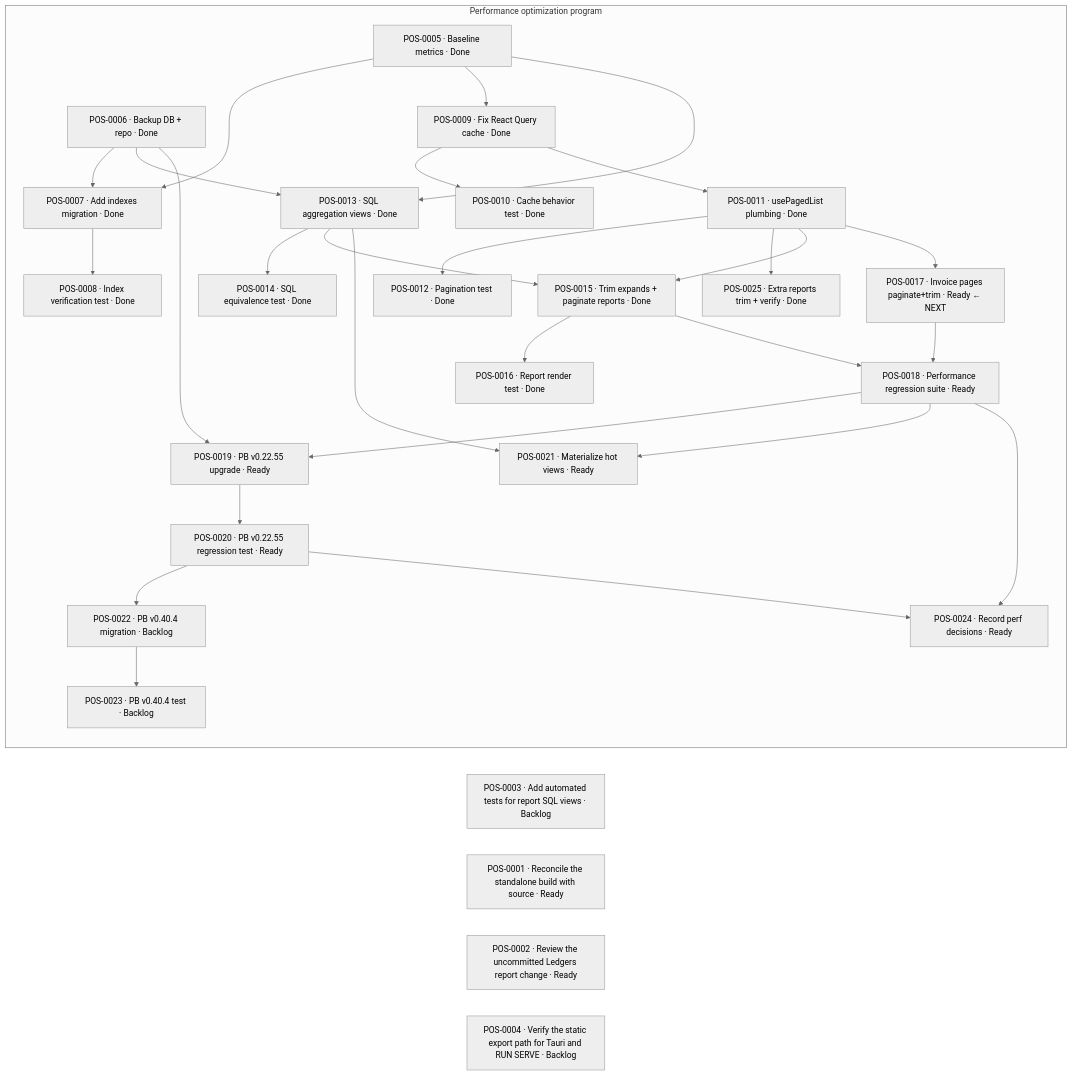
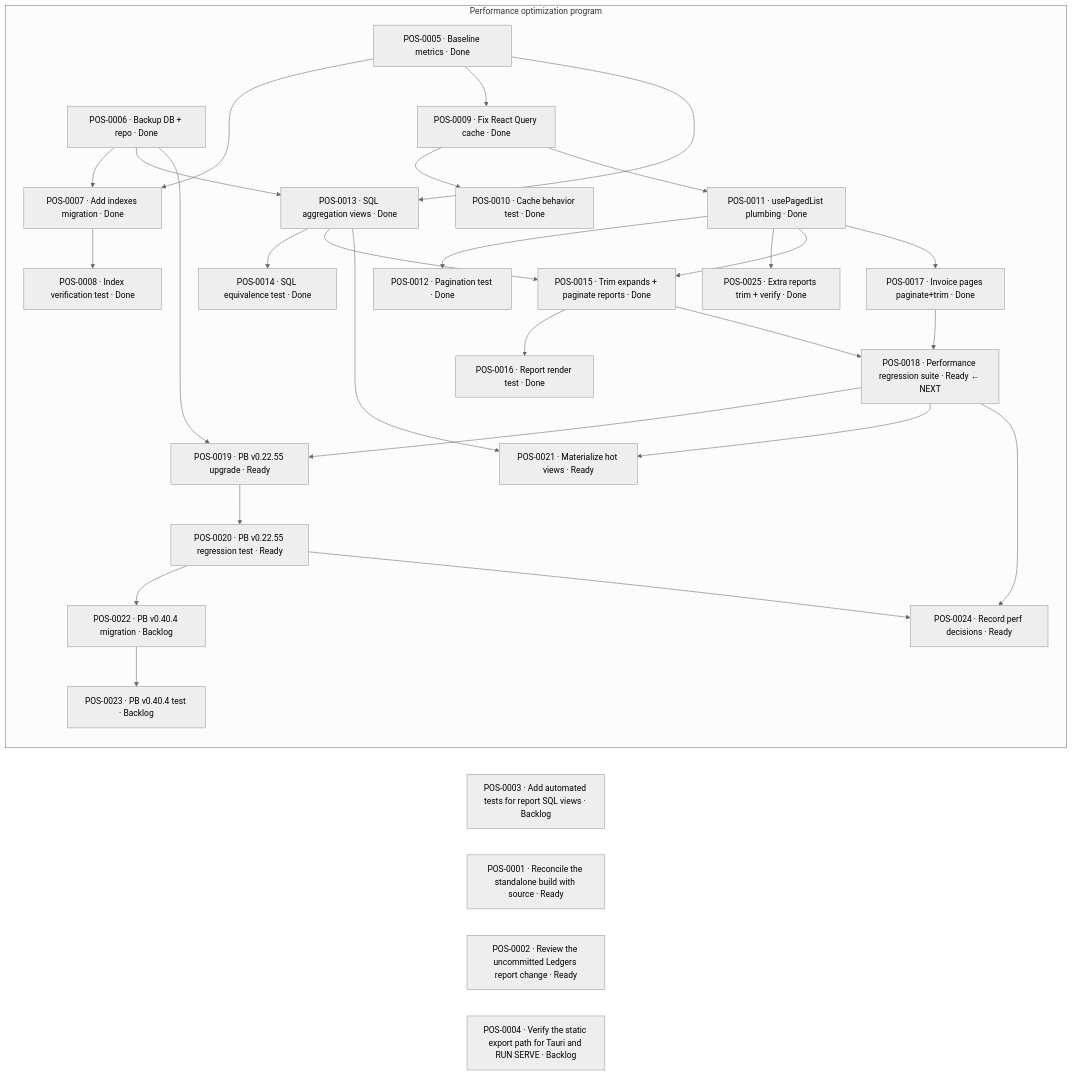
Before and after one commit to abdulhakam/aa_point_of_sale: the second of 2 diagrams in vault/projects/aa-point-of-sale.md, drawn with Mermaid (neutral theme). The commit also changed other lines of this file and 8 other files, not shown here.

First line of the commit message:
POS-0017: invoice entry pages no longer fetch the whole invoice_view

````diff
--- a/vault/projects/aa-point-of-sale.md
+++ b/vault/projects/aa-point-of-sale.md
@@ -123,58 +123,58 @@
 ```mermaid
 flowchart LR
   T1["POS-0003 · Add automated tests for report SQL views · Backlog"]
   T2["POS-0001 · Reconcile the standalone build with source · Ready"]
   T3["POS-0002 · Review the uncommitted Ledgers report change · Ready"]
   T4["POS-0004 · Verify the static export path for Tauri and RUN SERVE · Backlog"]
 
   subgraph PERF["Performance optimization program"]
     P5["POS-0005 · Baseline metrics · Done"]
     P6["POS-0006 · Backup DB + repo · Done"]
     P7["POS-0007 · Add indexes migration · Done"]
     P8["POS-0008 · Index verification test · Done"]
     P9["POS-0009 · Fix React Query cache · Done"]
     P10["POS-0010 · Cache behavior test · Done"]
     P11["POS-0011 · usePagedList plumbing · Done"]
     P12["POS-0012 · Pagination test · Done"]
     P13["POS-0013 · SQL aggregation views · Done"]
     P14["POS-0014 · SQL equivalence test · Done"]
     P15["POS-0015 · Trim expands + paginate reports · Done"]
     P16["POS-0016 · Report render test · Done"]
-    P17["POS-0017 · Invoice pages paginate+trim · Ready ← NEXT"]
-    P18["POS-0018 · Performance regression suite · Ready"]
+    P17["POS-0017 · Invoice pages paginate+trim · Done"]
+    P18["POS-0018 · Performance regression suite · Ready ← NEXT"]
     P19["POS-0019 · PB v0.22.55 upgrade · Ready"]
     P20["POS-0020 · PB v0.22.55 regression test · Ready"]
     P21["POS-0021 · Materialize hot views · Ready"]
     P22["POS-0022 · PB v0.40.4 migration · Backlog"]
     P23["POS-0023 · PB v0.40.4 test · Backlog"]
     P24["POS-0024 · Record perf decisions · Ready"]
     P25["POS-0025 · Extra reports trim + verify · Done"]
   end
 
   P5 --> P7
   P6 --> P7
   P7 --> P8
   P5 --> P9
   P9 --> P10
   P9 --> P11
   P11 --> P12
   P11 --> P25
   P5 --> P13
   P6 --> P13
   P13 --> P14
   P11 --> P15
   P13 --> P15
   P15 --> P16
   P11 --> P17
   P15 --> P18
   P17 --> P18
   P6 --> P19
   P18 --> P19
   P19 --> P20
   P13 --> P21
   P18 --> P21
   P20 --> P22
   P22 --> P23
   P18 --> P24
   P20 --> P24
 ```
````
